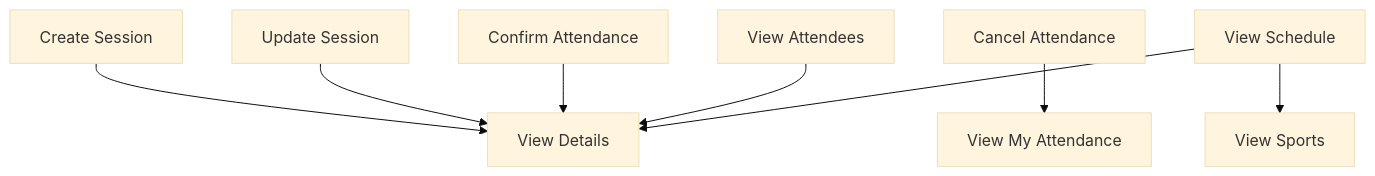
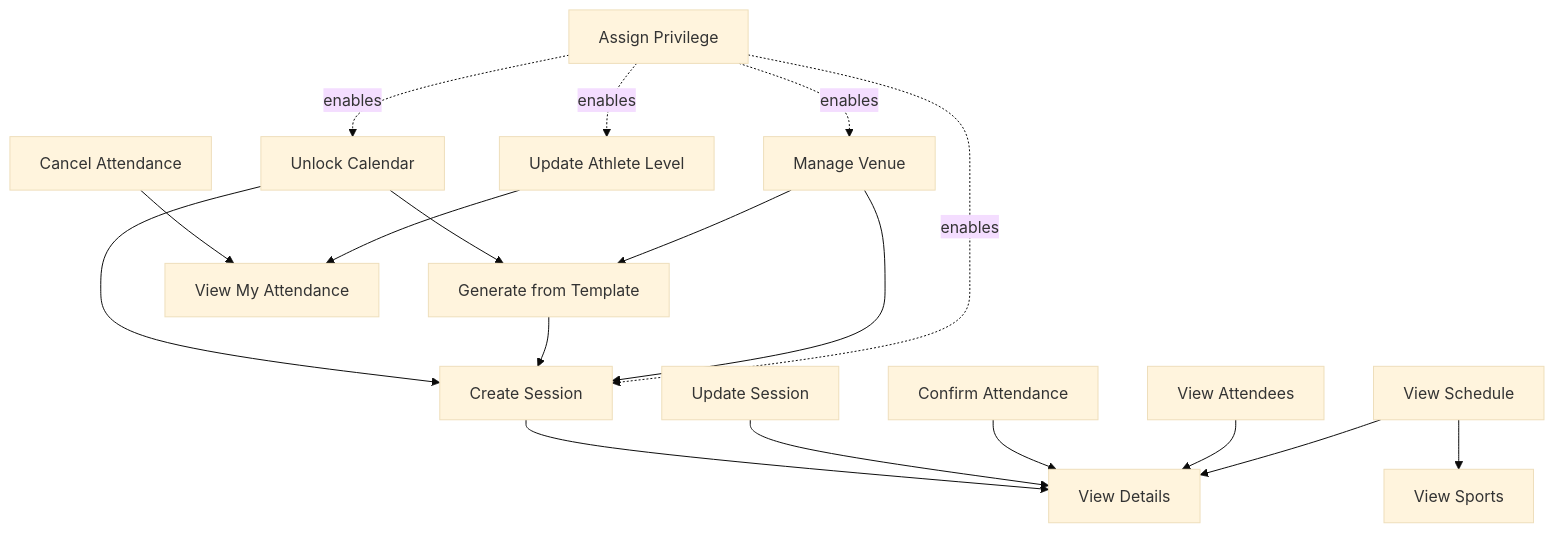
One commit to carlosmeisen/DouroBats changed the third of 3 diagrams in docs/domain/use-cases.md. Above: the diagram before and after it, drawn with Mermaid (base theme). The commit also changed other lines of this file and 4 other files, not shown here.

````diff
--- a/docs/domain/use-cases.md
+++ b/docs/domain/use-cases.md
@@ -532,10 +808,20 @@
 ```mermaid
 graph TD
-    UC01[Create Session] --> UC04[View Details]
+    UC12[Unlock Calendar] --> UC01[Create Session]
+    UC12 --> UC13[Generate from Template]
+    UC13 --> UC01
+    UC14[Manage Venue] --> UC01
+    UC14 --> UC13
+    UC01 --> UC04[View Details]
     UC02[Update Session] --> UC04
     UC05[Confirm Attendance] --> UC04
     UC06[Cancel Attendance] --> UC07[View My Attendance]
     UC08[View Attendees] --> UC04
     UC09[View Schedule] --> UC04
     UC09 --> UC10[View Sports]
+    UC15[Assign Privilege] -.enables.-> UC01
+    UC15 -.enables.-> UC12
+    UC15 -.enables.-> UC14
+    UC15 -.enables.-> UC16
+    UC16[Update Athlete Level] --> UC07
 ```
````
